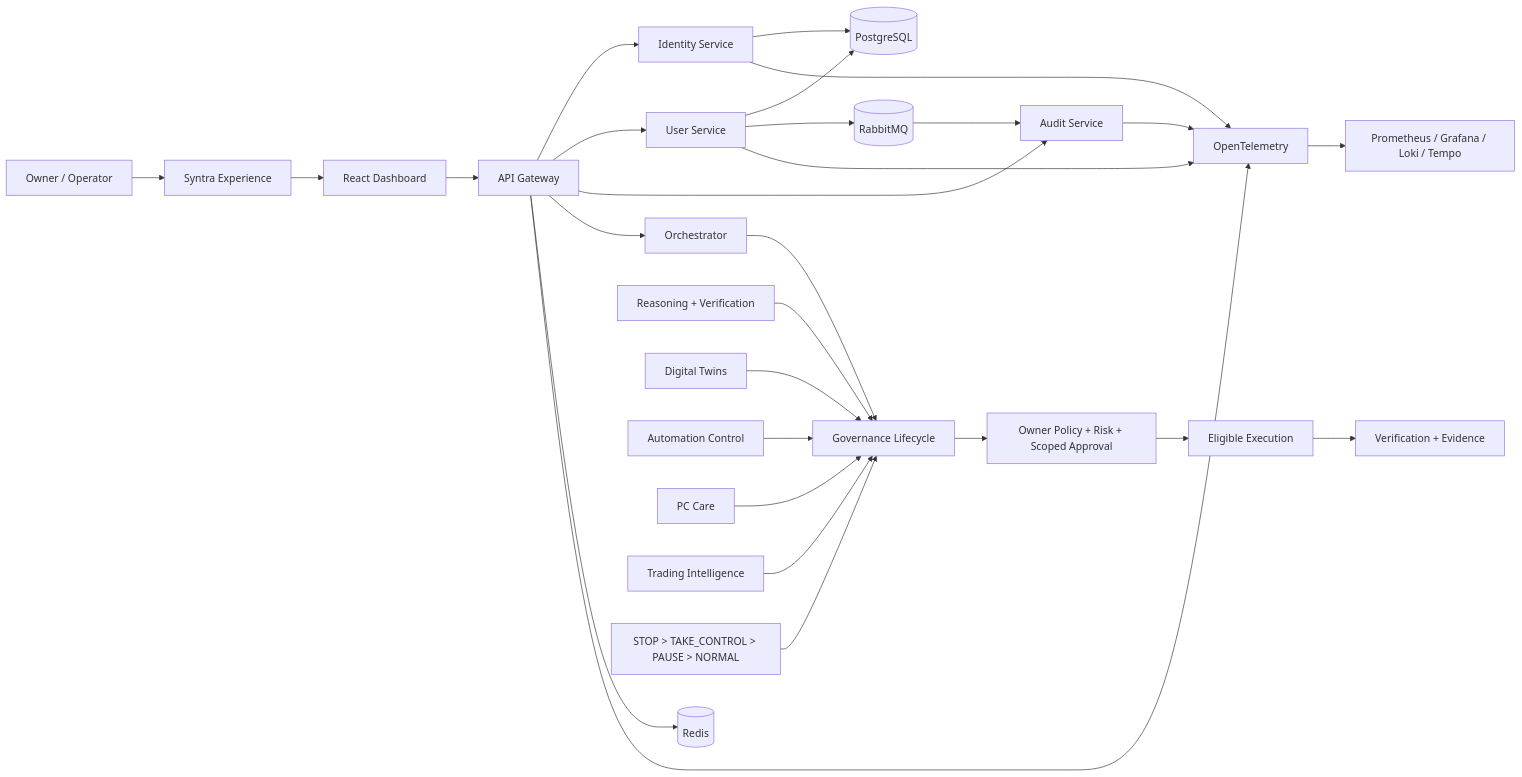
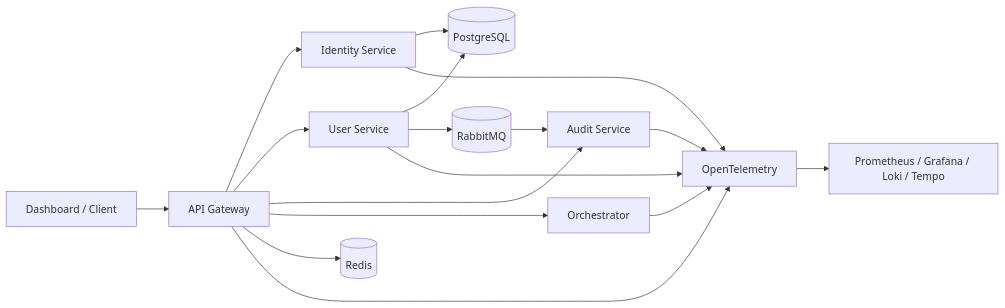
The diagram in README.md (teldigi5-wq/aetheris-platform), drawn with Mermaid before and after one commit. The commit also changed other lines of this file, not shown here.

````diff
--- a/README.md
+++ b/README.md
@@ -148,36 +89,22 @@
 ```mermaid
 flowchart LR
-    OWNER[Owner / Operator] --> SYN[Syntra Experience]
-    SYN --> DASH[React Dashboard]
-    DASH --> GW[API Gateway]
+    CLIENT[Dashboard / Client] --> GW[API Gateway]
 
     GW --> ID[Identity Service]
-    GW --> USR[User Service]
-    GW --> AUD[Audit Service]
+    GW --> USER[User Service]
+    GW --> AUDIT[Audit Service]
     GW --> ORCH[Orchestrator]
 
     ID --> PG[(PostgreSQL)]
-    USR --> PG
+    USER --> PG
     GW --> REDIS[(Redis)]
-    USR --> MQ[(RabbitMQ)]
-    MQ --> AUD
-
-    ORCH --> GOV[Governance Lifecycle]
-    RSN[Reasoning + Verification] --> GOV
-    TWIN[Digital Twins] --> GOV
-    AUTO[Automation Control] --> GOV
-    PC[PC Care] --> GOV
-    TRD[Trading Intelligence] --> GOV
-
-    GOV --> POLICY[Owner Policy + Risk + Scoped Approval]
-    POLICY --> EXEC[Eligible Execution]
-    EXEC --> VERIFY[Verification + Evidence]
+    USER --> MQ[(RabbitMQ)]
+    MQ --> AUDIT
 
     GW --> OTEL[OpenTelemetry]
     ID --> OTEL
-    USR --> OTEL
-    AUD --> OTEL
+    USER --> OTEL
+    AUDIT --> OTEL
+    ORCH --> OTEL
     OTEL --> OBS[Prometheus / Grafana / Loki / Tempo]
-
-    EMG[STOP > TAKE_CONTROL > PAUSE > NORMAL] --> GOV
 ```
````
